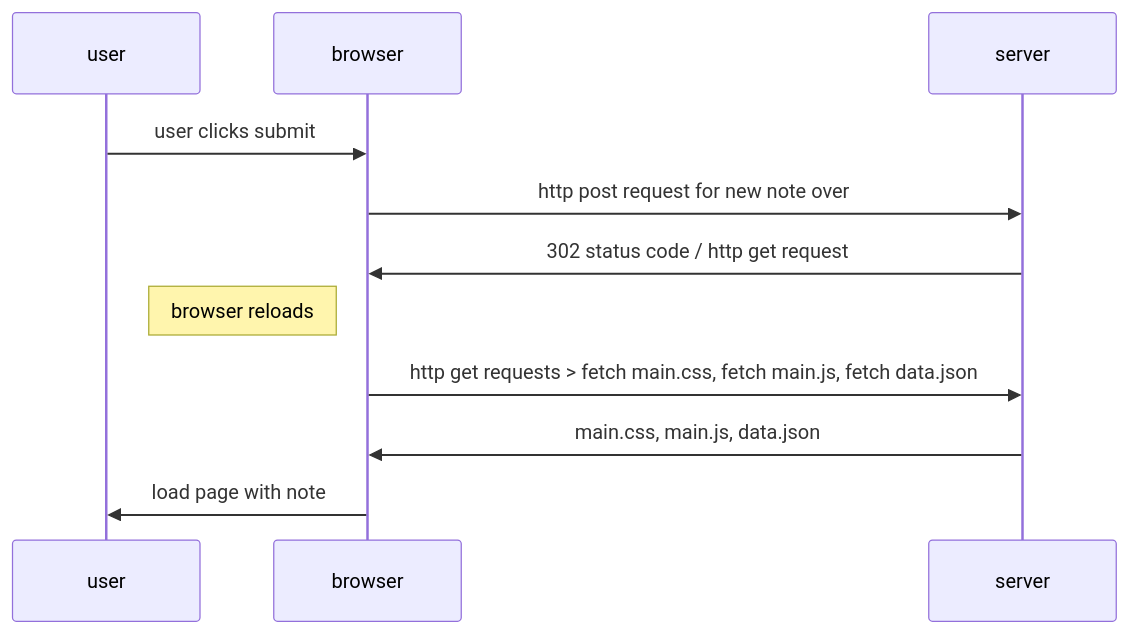
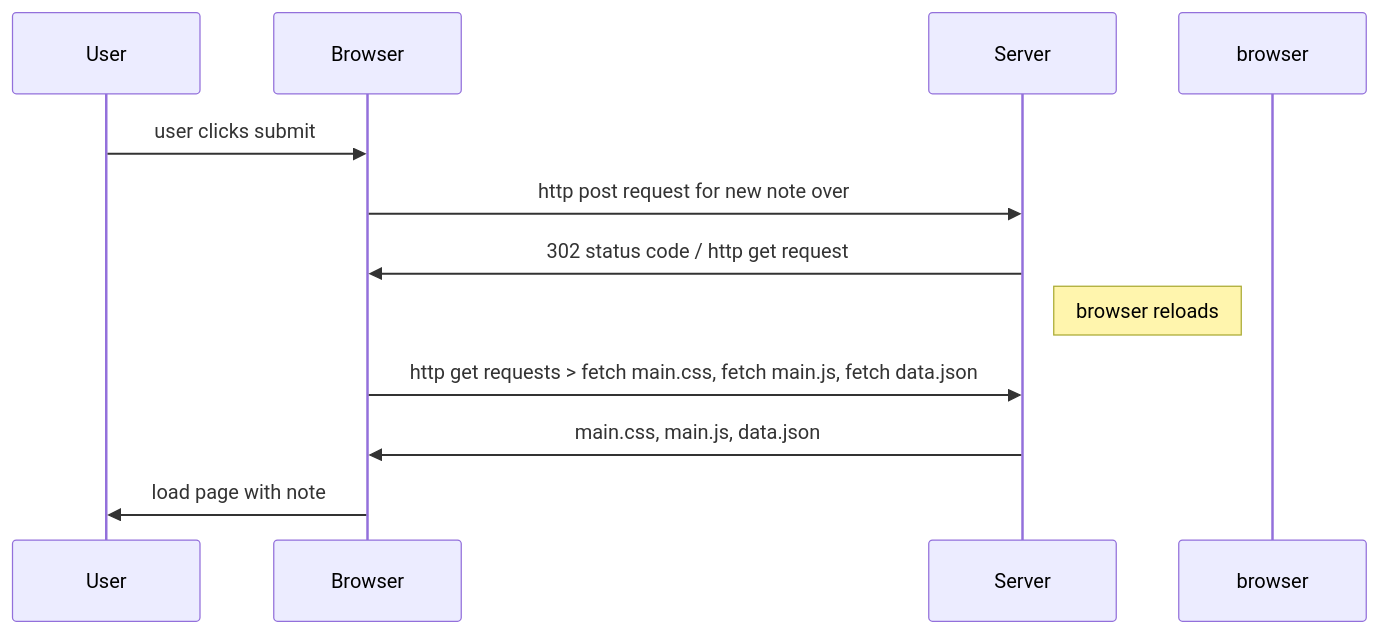
One commit to relleka/full-stack-open-2022-001 changed the diagram in README.md. Above: the diagram before and after it, drawn with Mermaid.

````diff
--- a/README.md
+++ b/README.md
@@ -1,10 +1,10 @@
 ```mermaid
 sequenceDiagram
-user->>browser: user clicks submit
-browser->>server: http post request for new note over
-server->>browser: 302 status code / http get request
+User->>Browser: user clicks submit
+Browser->>Server: http post request for new note over
+Server->>Browser: 302 status code / http get request
 note left of browser: browser reloads
-browser->>server: http get requests > fetch main.css, fetch main.js, fetch data.json
-server->>browser: main.css, main.js, data.json
-browser->>user: load page with note
+Browser->>Server: http get requests > fetch main.css, fetch main.js, fetch data.json
+Server->>Browser: main.css, main.js, data.json
+Browser->>User: load page with note
 ```
````
